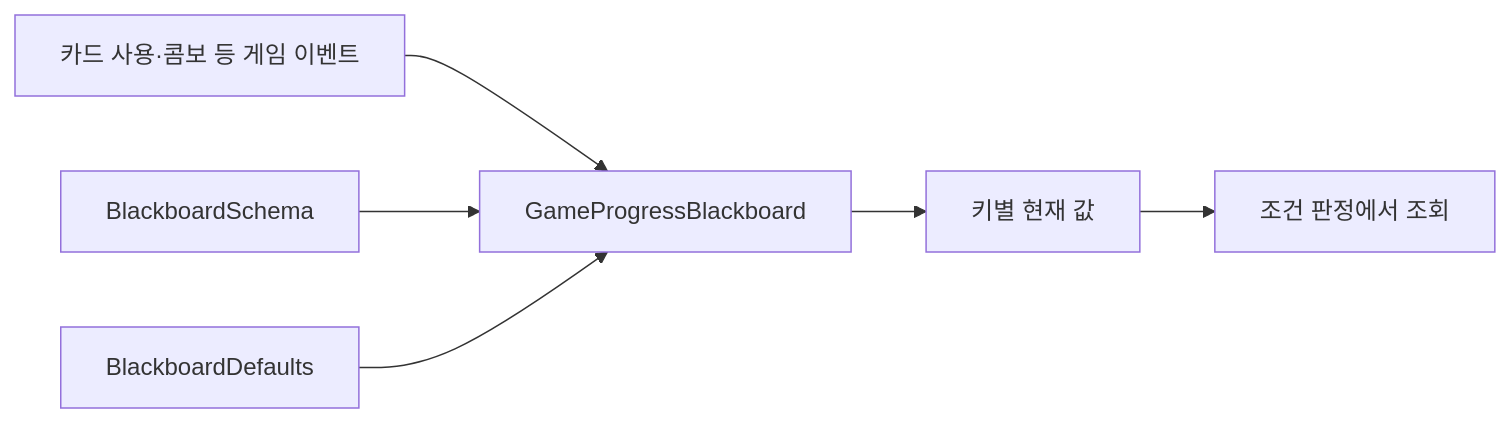
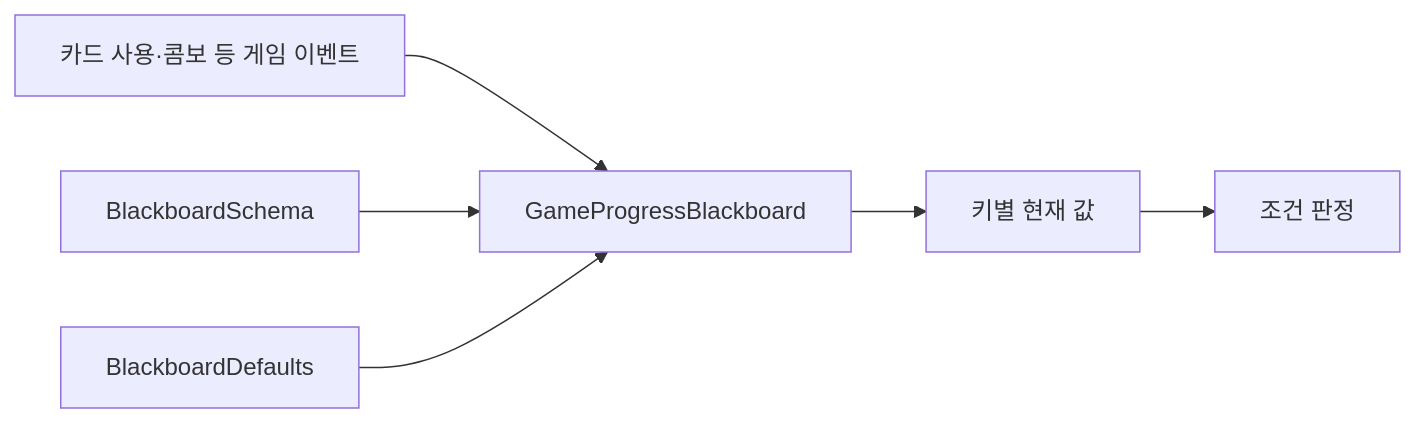
Before and after one commit to chaaaron000/game-project-code-archive: the second of 5 diagrams in GreenClean/README.md, drawn with Mermaid. The commit also changed other lines of this file, not shown here.

````diff
--- a/GreenClean/README.md
+++ b/GreenClean/README.md
@@ -38,8 +31,8 @@
 ```mermaid
 flowchart LR
     A[카드 사용·콤보 등 게임 이벤트] --> B[GameProgressBlackboard]
-    B --> C[키별 현재 값]
     D[BlackboardSchema] --> B
     E[BlackboardDefaults] --> B
-    C --> F[조건 판정에서 조회]
+    B --> C[키별 현재 값]
+    C --> F[조건 판정]
 ```
````
